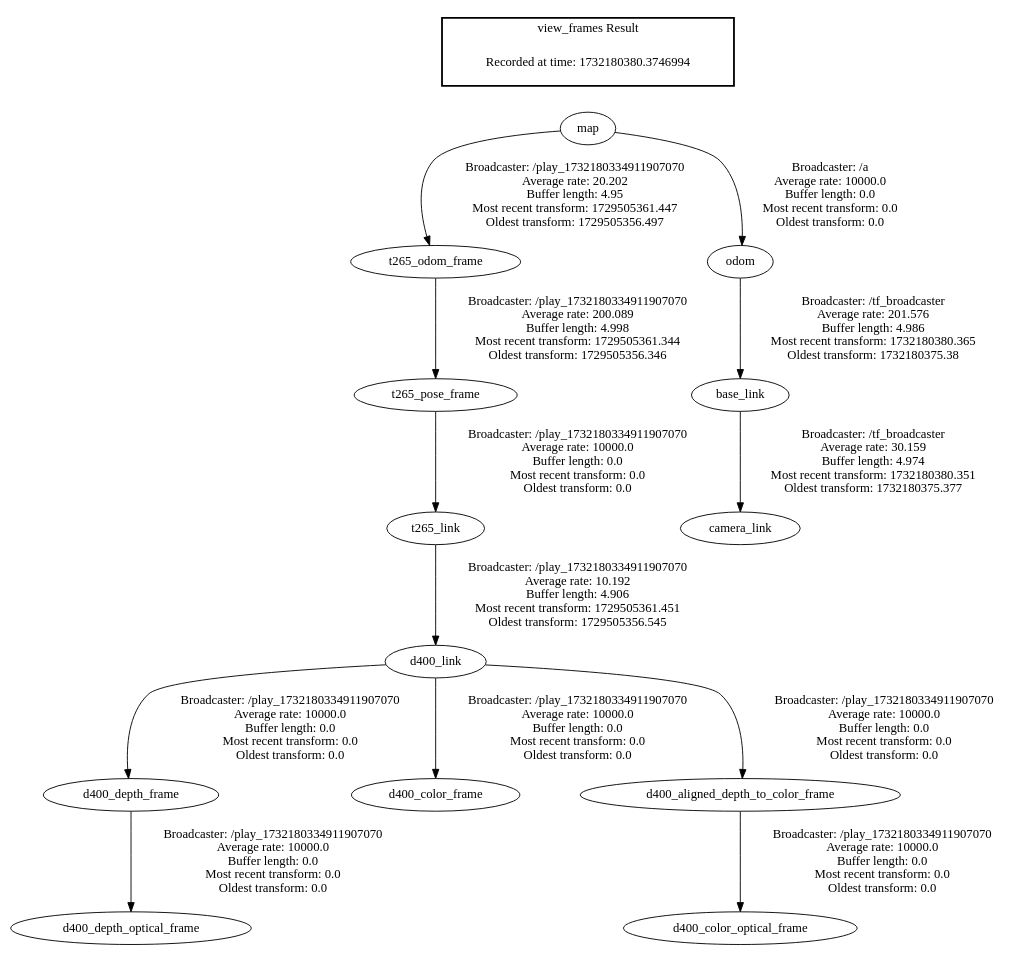
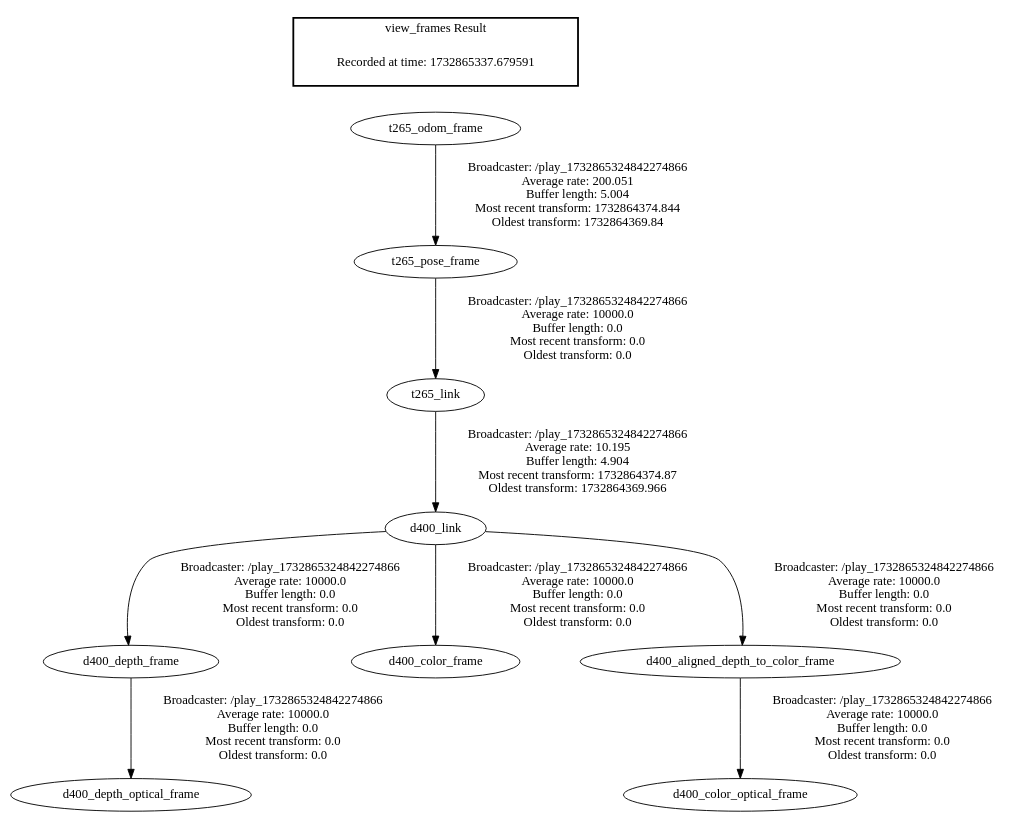
The diagram in catkin_ws/frames.gv (FahrulID/netrasahaya), drawn with Graphviz before and after one commit. The commit also changed 21 other files, not shown here.

```diff
--- a/catkin_ws/frames.gv
+++ b/catkin_ws/frames.gv
@@ -1,18 +1,14 @@
 digraph G {
-"d400_link" -> "d400_depth_frame"[label=" Broadcaster: /play_1732180334911907070\nAverage rate: 10000.0\nBuffer length: 0.0\nMost recent transform: 0.0\nOldest transform: 0.0\n"];
-"t265_link" -> "d400_link"[label=" Broadcaster: /play_1732180334911907070\nAverage rate: 10.192\nBuffer length: 4.906\nMost recent transform: 1729505361.451\nOldest transform: 1729505356.545\n"];
-"d400_depth_frame" -> "d400_depth_optical_frame"[label=" Broadcaster: /play_1732180334911907070\nAverage rate: 10000.0\nBuffer length: 0.0\nMost recent transform: 0.0\nOldest transform: 0.0\n"];
-"d400_link" -> "d400_color_frame"[label=" Broadcaster: /play_1732180334911907070\nAverage rate: 10000.0\nBuffer length: 0.0\nMost recent transform: 0.0\nOldest transform: 0.0\n"];
-"d400_aligned_depth_to_color_frame" -> "d400_color_optical_frame"[label=" Broadcaster: /play_1732180334911907070\nAverage rate: 10000.0\nBuffer length: 0.0\nMost recent transform: 0.0\nOldest transform: 0.0\n"];
-"d400_link" -> "d400_aligned_depth_to_color_frame"[label=" Broadcaster: /play_1732180334911907070\nAverage rate: 10000.0\nBuffer length: 0.0\nMost recent transform: 0.0\nOldest transform: 0.0\n"];
-"t265_pose_frame" -> "t265_link"[label=" Broadcaster: /play_1732180334911907070\nAverage rate: 10000.0\nBuffer length: 0.0\nMost recent transform: 0.0\nOldest transform: 0.0\n"];
-"t265_odom_frame" -> "t265_pose_frame"[label=" Broadcaster: /play_1732180334911907070\nAverage rate: 200.089\nBuffer length: 4.998\nMost recent transform: 1729505361.344\nOldest transform: 1729505356.346\n"];
-"map" -> "odom"[label=" Broadcaster: /a\nAverage rate: 10000.0\nBuffer length: 0.0\nMost recent transform: 0.0\nOldest transform: 0.0\n"];
-"map" -> "t265_odom_frame"[label=" Broadcaster: /play_1732180334911907070\nAverage rate: 20.202\nBuffer length: 4.95\nMost recent transform: 1729505361.447\nOldest transform: 1729505356.497\n"];
-"base_link" -> "camera_link"[label=" Broadcaster: /tf_broadcaster\nAverage rate: 30.159\nBuffer length: 4.974\nMost recent transform: 1732180380.351\nOldest transform: 1732180375.377\n"];
-"odom" -> "base_link"[label=" Broadcaster: /tf_broadcaster\nAverage rate: 201.576\nBuffer length: 4.986\nMost recent transform: 1732180380.365\nOldest transform: 1732180375.38\n"];
+"t265_pose_frame" -> "t265_link"[label=" Broadcaster: /play_1732865324842274866\nAverage rate: 10000.0\nBuffer length: 0.0\nMost recent transform: 0.0\nOldest transform: 0.0\n"];
+"t265_odom_frame" -> "t265_pose_frame"[label=" Broadcaster: /play_1732865324842274866\nAverage rate: 200.051\nBuffer length: 5.004\nMost recent transform: 1732864374.844\nOldest transform: 1732864369.84\n"];
+"d400_link" -> "d400_depth_frame"[label=" Broadcaster: /play_1732865324842274866\nAverage rate: 10000.0\nBuffer length: 0.0\nMost recent transform: 0.0\nOldest transform: 0.0\n"];
+"t265_link" -> "d400_link"[label=" Broadcaster: /play_1732865324842274866\nAverage rate: 10.195\nBuffer length: 4.904\nMost recent transform: 1732864374.87\nOldest transform: 1732864369.966\n"];
+"d400_depth_frame" -> "d400_depth_optical_frame"[label=" Broadcaster: /play_1732865324842274866\nAverage rate: 10000.0\nBuffer length: 0.0\nMost recent transform: 0.0\nOldest transform: 0.0\n"];
+"d400_link" -> "d400_color_frame"[label=" Broadcaster: /play_1732865324842274866\nAverage rate: 10000.0\nBuffer length: 0.0\nMost recent transform: 0.0\nOldest transform: 0.0\n"];
+"d400_aligned_depth_to_color_frame" -> "d400_color_optical_frame"[label=" Broadcaster: /play_1732865324842274866\nAverage rate: 10000.0\nBuffer length: 0.0\nMost recent transform: 0.0\nOldest transform: 0.0\n"];
+"d400_link" -> "d400_aligned_depth_to_color_frame"[label=" Broadcaster: /play_1732865324842274866\nAverage rate: 10000.0\nBuffer length: 0.0\nMost recent transform: 0.0\nOldest transform: 0.0\n"];
 edge [style=invis];
  subgraph cluster_legend { style=bold; color=black; label ="view_frames Result";
-"Recorded at time: 1732180380.3746994"[ shape=plaintext ] ;
-}->"map";
+"Recorded at time: 1732865337.679591"[ shape=plaintext ] ;
+}->"t265_odom_frame";
 }
```
